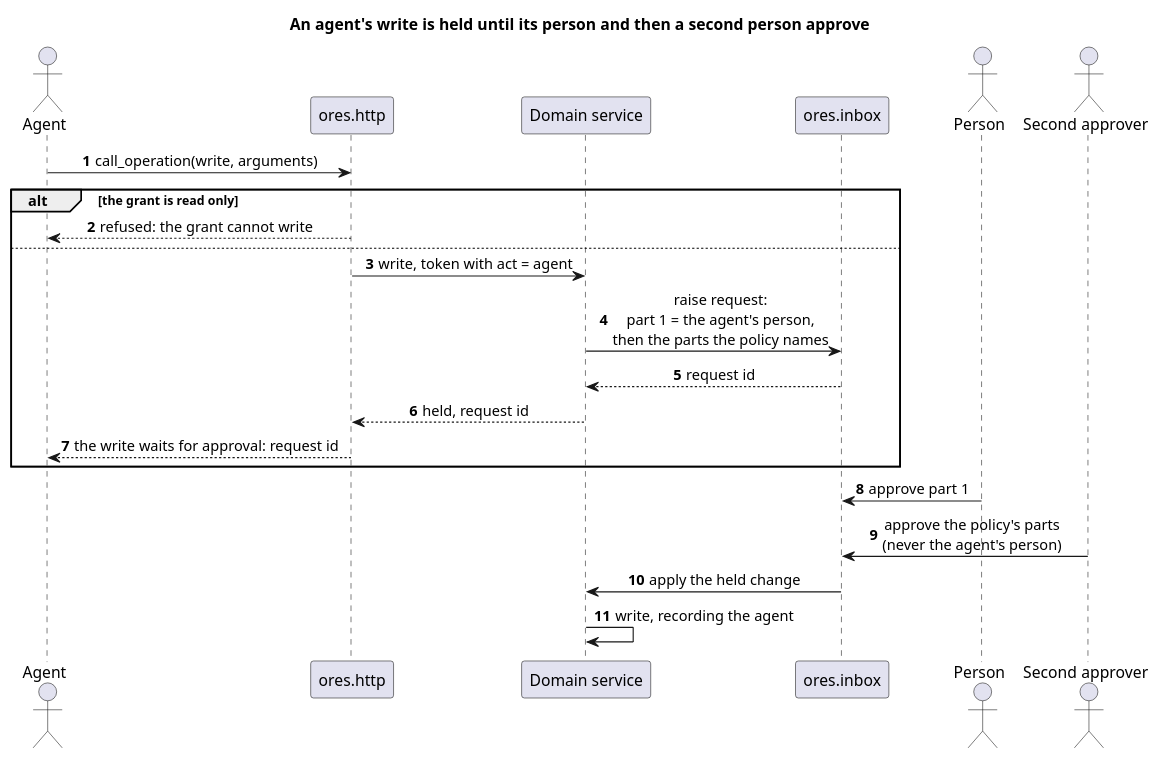
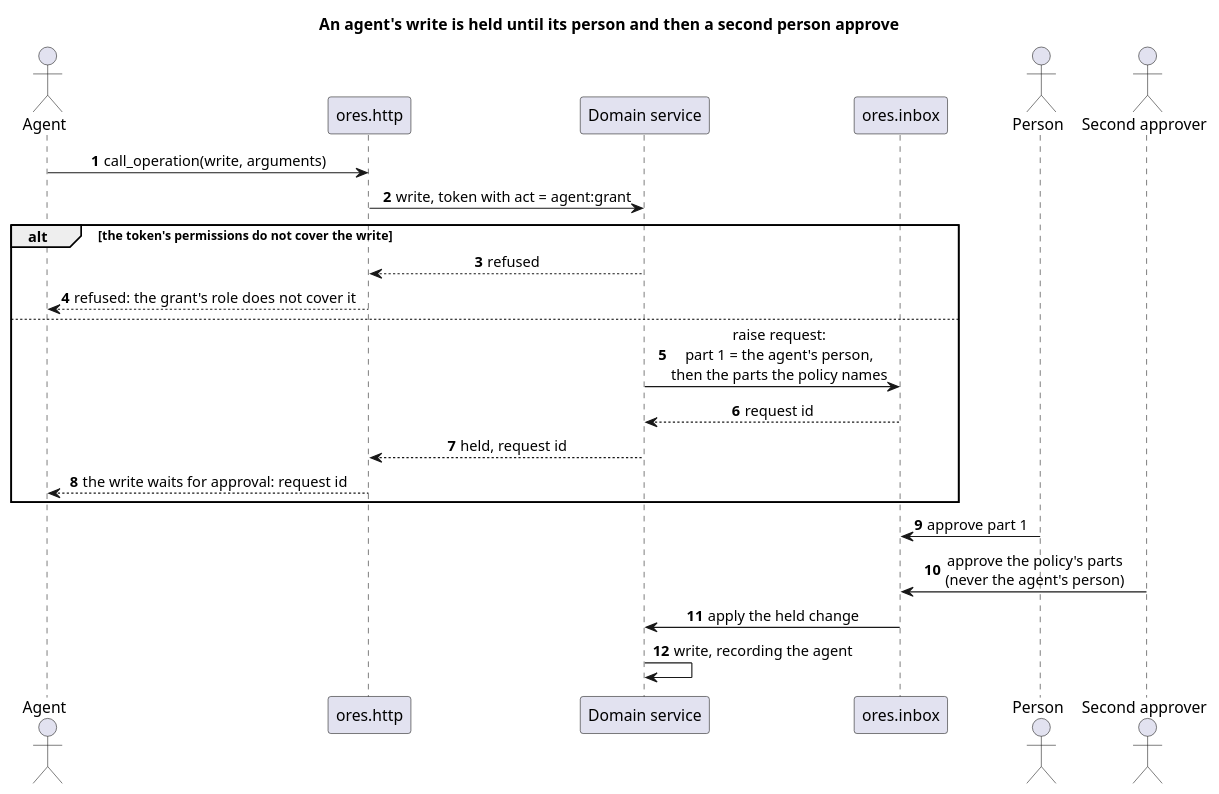
The diagram in doc/knowledge/agents/agent_write_six_eyes.puml (OreStudio/OreStudio), drawn with PlantUML before and after one commit. The commit also changed 27 other files, not shown here.

First line of the commit message:
[doc] Fit delegated access for LLM agents to the security architecture

```diff
--- a/doc/knowledge/agents/agent_write_six_eyes.puml
+++ b/doc/knowledge/agents/agent_write_six_eyes.puml
@@ -18,32 +18,33 @@
 @startuml
 
 title An agent's write is held until its person and then a second person approve
 
 skinparam sequenceMessageAlign center
 skinparam responseMessageBelowArrow true
 autonumber
 
 actor "Agent" as agent
 participant "ores.http" as http
 participant "Domain service" as svc
 participant "ores.inbox" as inbox
 actor "Person" as person
 actor "Second approver" as second
 
 agent -> http : call_operation(write, arguments)
-alt the grant is read only
-  http --> agent : refused: the grant cannot write
+http -> svc : write, token with act = agent:grant
+alt the token's permissions do not cover the write
+  svc --> http : refused
+  http --> agent : refused: the grant's role does not cover it
 else
-  http -> svc : write, token with act = agent
   svc -> inbox : raise request:\npart 1 = the agent's person,\nthen the parts the policy names
   inbox --> svc : request id
   svc --> http : held, request id
   http --> agent : the write waits for approval: request id
 end
 
 person -> inbox : approve part 1
 second -> inbox : approve the policy's parts\n(never the agent's person)
 inbox -> svc : apply the held change
 svc -> svc : write, recording the agent
 
 @enduml
```
